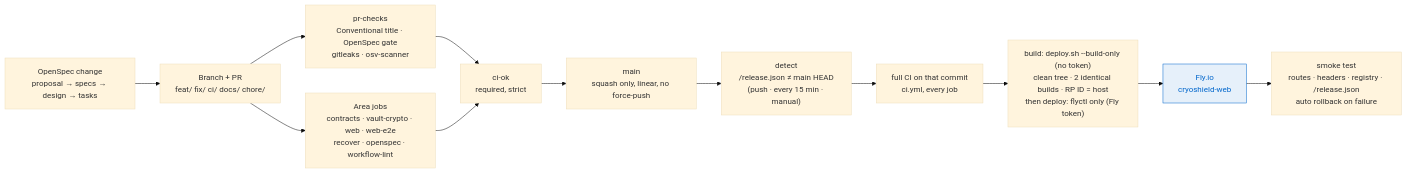
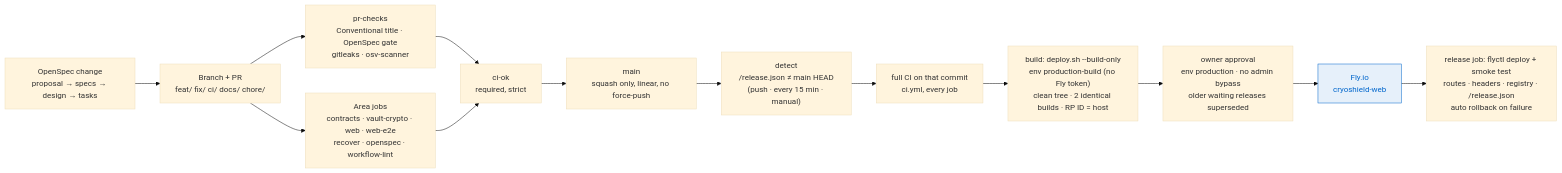
Before and after one commit to prix0007/cryoshield: the fifth of 5 diagrams in docs/system-design.md, drawn with Mermaid (base theme). The commit also changed other lines of this file and 6 other files, not shown here.

Commit message:
docs: owner-approved releases, production-build setup, agent machine account

````diff
--- a/docs/system-design.md
+++ b/docs/system-design.md
@@ -147,22 +147,23 @@
 ```mermaid
 flowchart LR
   spec["OpenSpec change<br/>proposal → specs → design → tasks"]
   pr["Branch + PR<br/>feat/ fix/ ci/ docs/ chore/"]
   checks["pr-checks<br/>Conventional title · OpenSpec gate<br/>gitleaks · osv-scanner"]
   jobs["Area jobs<br/>contracts · vault-crypto · web · web-e2e<br/>recover · openspec · workflow-lint"]
   ok["ci-ok<br/>required, strict"]
   main["main<br/>squash only, linear, no force-push"]
   detect["detect<br/>/release.json ≠ main HEAD<br/>(push · every 15 min · manual)"]
   full["full CI on that commit<br/>ci.yml, every job"]
-  deploy["build: deploy.sh --build-only (no token)<br/>clean tree · 2 identical builds · RP ID = host<br/>then deploy: flyctl only (Fly token)"]
+  deploy["build: deploy.sh --build-only<br/>env production-build (no Fly token)<br/>clean tree · 2 identical builds · RP ID = host"]
+  approve["owner approval<br/>env production · no admin bypass<br/>older waiting releases superseded"]
   fly["Fly.io<br/>cryoshield-web"]
-  smoke["smoke test<br/>routes · headers · registry · /release.json<br/>auto rollback on failure"]
+  smoke["release job: flyctl deploy + smoke test<br/>routes · headers · registry · /release.json<br/>auto rollback on failure"]
 
   spec --> pr
   pr --> checks --> ok
   pr --> jobs --> ok
-  ok --> main --> detect --> full --> deploy --> fly --> smoke
+  ok --> main --> detect --> full --> deploy --> approve --> fly --> smoke
 
   classDef ours fill:#e6f0fa,stroke:#0066cc,color:#0066cc;
   class fly ours;
 ```
````
